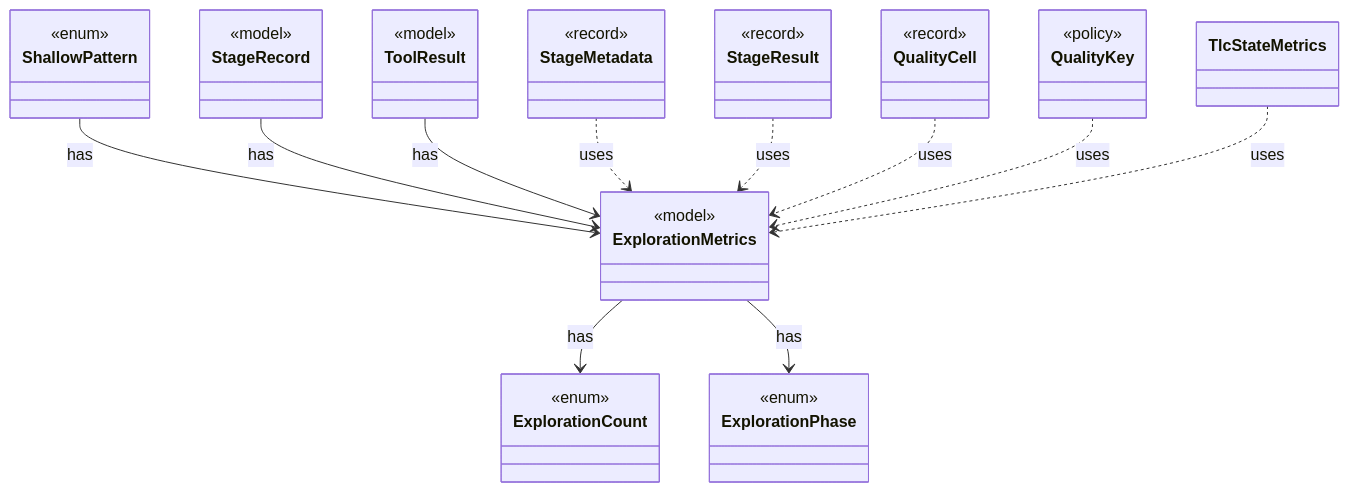
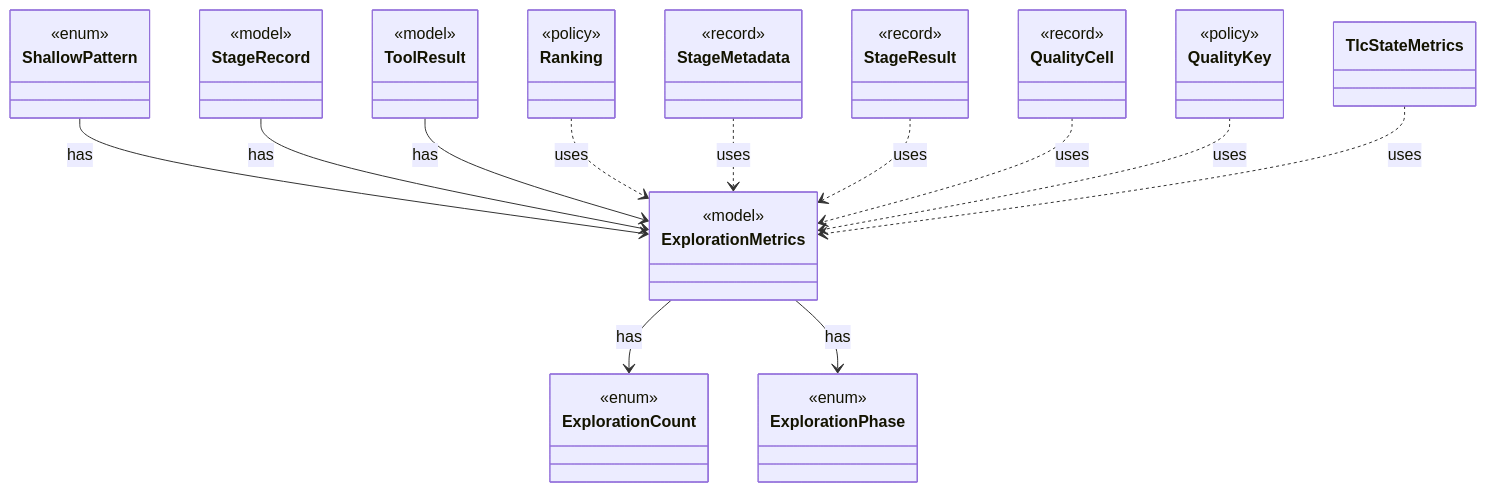
One commit to tlaplus/model-checker-hardening changed the diagram in dev/types/io.github.tlaplus.hardening.checker.ExplorationMetrics.md. Above: the diagram before and after it, drawn with Mermaid. The commit also changed other lines of this file and 405 other files, not shown here.

````diff
--- a/dev/types/io.github.tlaplus.hardening.checker.ExplorationMetrics.md
+++ b/dev/types/io.github.tlaplus.hardening.checker.ExplorationMetrics.md
@@ -9,44 +9,48 @@
 ```mermaid
 classDiagram
   class ExplorationMetrics {
     <<model>>
   }
   class ExplorationCount {
     <<enum>>
   }
   class ExplorationPhase {
     <<enum>>
   }
   class ShallowPattern {
     <<enum>>
   }
   class StageRecord {
     <<model>>
   }
   class ToolResult {
     <<model>>
   }
+  class Ranking {
+    <<policy>>
+  }
   class StageMetadata {
     <<record>>
   }
   class StageResult {
     <<record>>
   }
   class QualityCell {
     <<record>>
   }
   class QualityKey {
     <<policy>>
   }
   class TlcStateMetrics
   ExplorationMetrics --> ExplorationCount : has
   ExplorationMetrics --> ExplorationPhase : has
   ShallowPattern --> ExplorationMetrics : has
   StageRecord --> ExplorationMetrics : has
   ToolResult --> ExplorationMetrics : has
+  Ranking ..> ExplorationMetrics : uses
   StageMetadata ..> ExplorationMetrics : uses
   StageResult ..> ExplorationMetrics : uses
   QualityCell ..> ExplorationMetrics : uses
   QualityKey ..> ExplorationMetrics : uses
   TlcStateMetrics ..> ExplorationMetrics : uses
 ```
````
